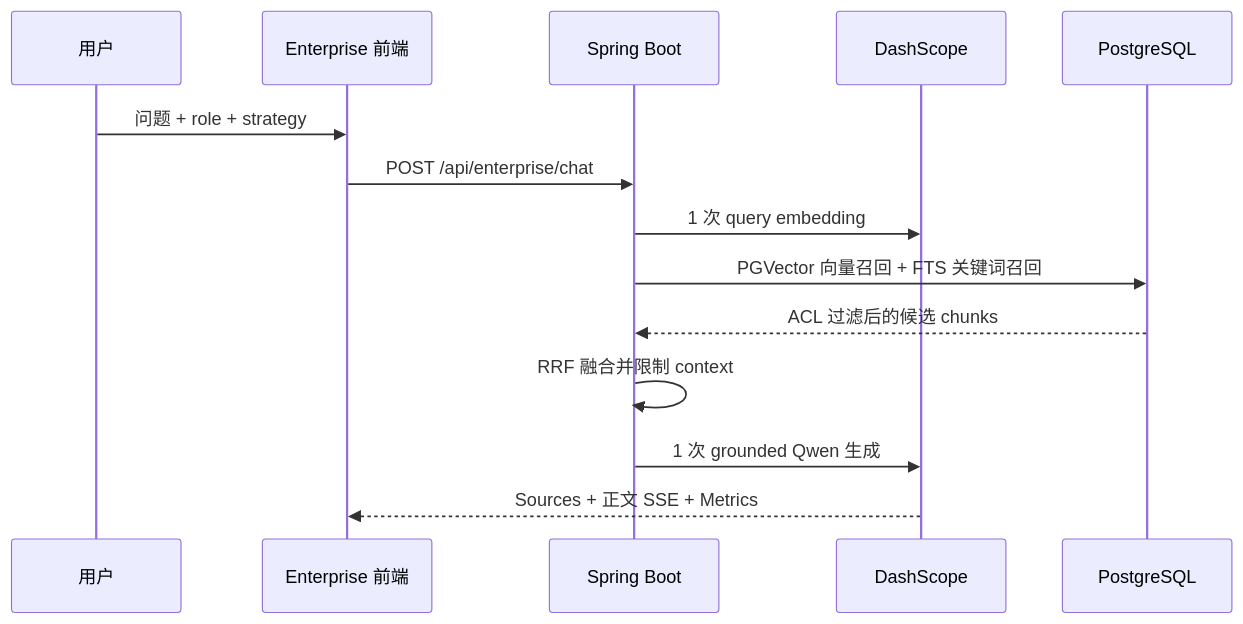
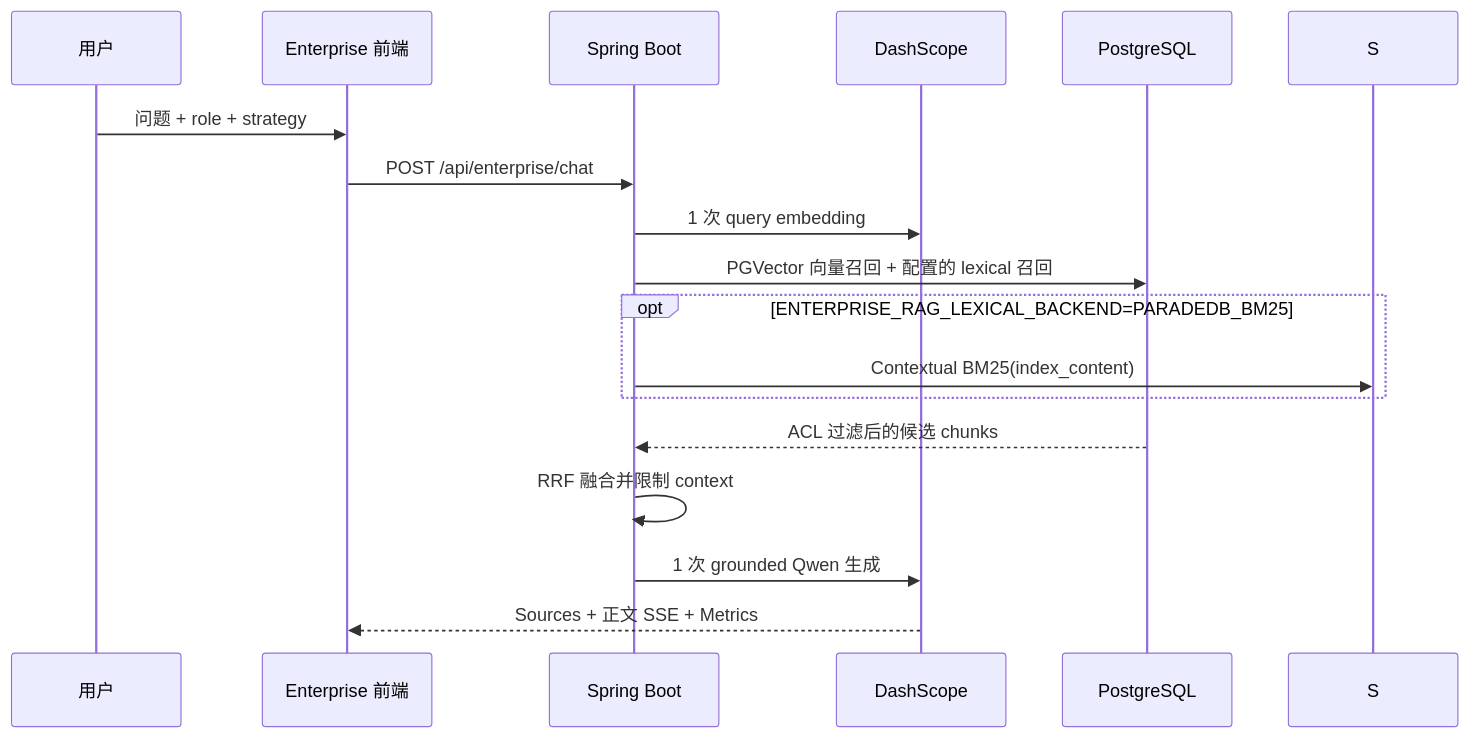
One commit to Tmakerchima/portfolio-rag changed the third of 4 diagrams in README.md. Above: the diagram before and after it, drawn with Mermaid. The commit also changed other lines of this file and 29 other files, not shown here.

````diff
--- a/README.md
+++ b/README.md
@@ -66,17 +67,20 @@
 ```mermaid
 sequenceDiagram
     participant U as 用户
     participant V as Enterprise 前端
     participant B as Spring Boot
     participant D as DashScope
     participant P as PostgreSQL
 
     U->>V: 问题 + role + strategy
     V->>B: POST /api/enterprise/chat
     B->>D: 1 次 query embedding
-    B->>P: PGVector 向量召回 + FTS 关键词召回
+    B->>P: PGVector 向量召回 + 配置的 lexical 召回
+    opt ENTERPRISE_RAG_LEXICAL_BACKEND=PARADEDB_BM25
+        B->>S: Contextual BM25(index_content)
+    end
     P-->>B: ACL 过滤后的候选 chunks
     B->>B: RRF 融合并限制 context
     B->>D: 1 次 grounded Qwen 生成
     D-->>V: Sources + 正文 SSE + Metrics
 ```
````
